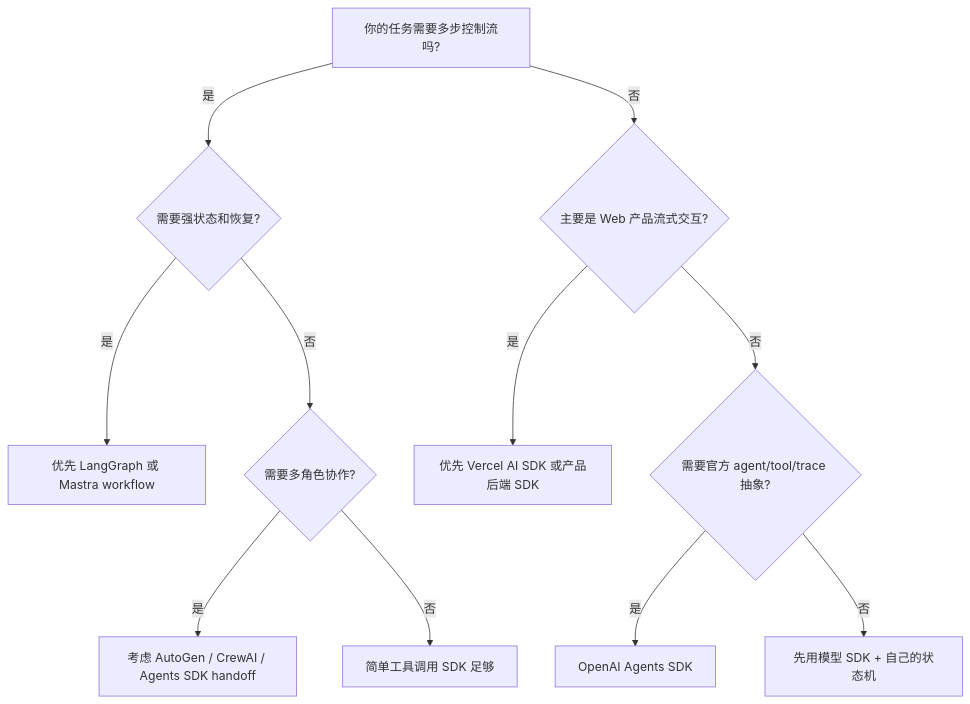
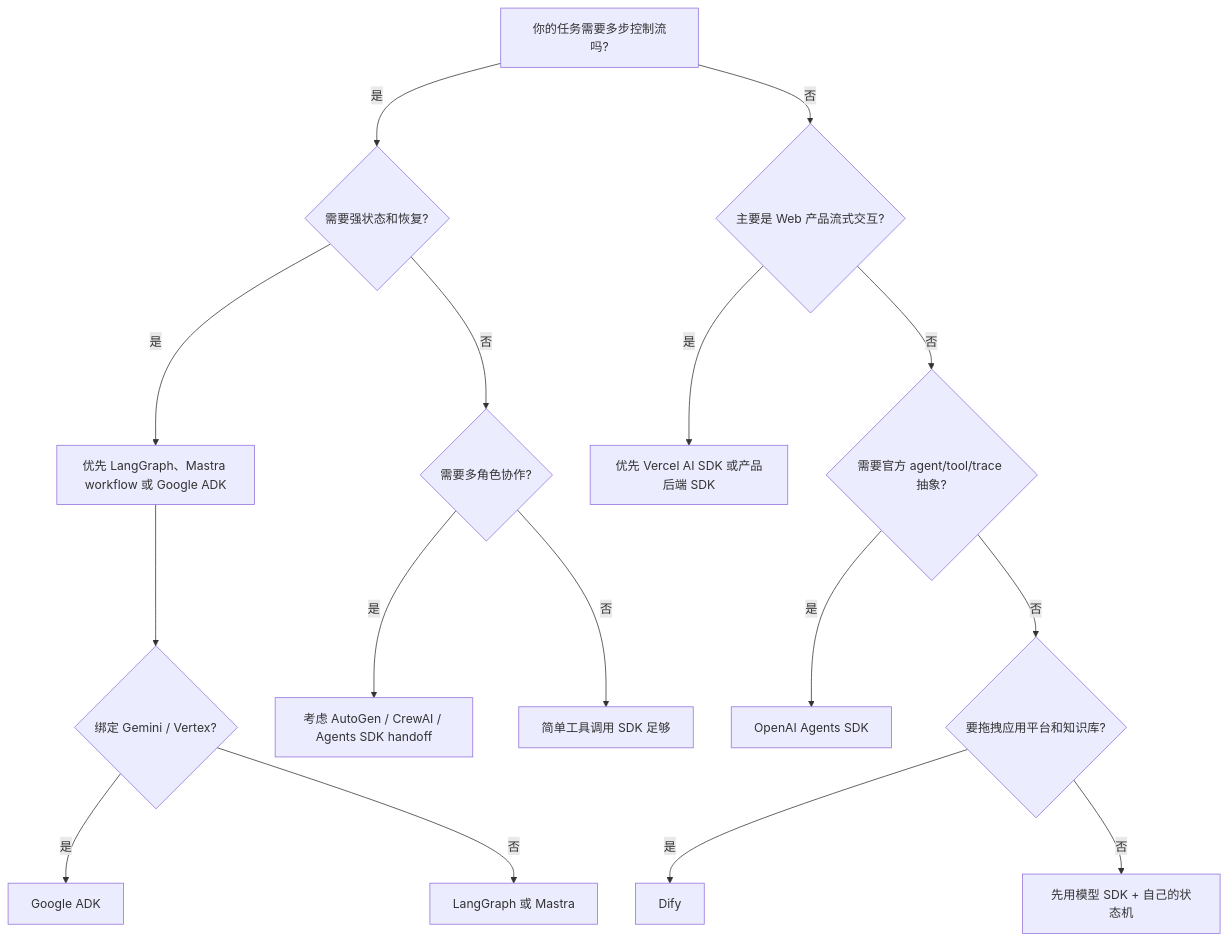
Before and after one commit to iammm0/damn-agent: the diagram in content/docs/frameworks/framework-selection.mdx, drawn with Mermaid. The commit also changed other lines of this file and 10 other files, not shown here.

First line of the commit message:
docs: 新增 Gemini CLI、Qwen Code、Dify 和 Google ADK

````diff
--- a/content/docs/frameworks/framework-selection.mdx
+++ b/content/docs/frameworks/framework-selection.mdx
@@ -31,13 +33,18 @@
 ```mermaid
 flowchart TD
   A[你的任务需要多步控制流吗?] -->|是| B{需要强状态和恢复?}
   A -->|否| C{主要是 Web 产品流式交互?}
-  B -->|是| D[优先 LangGraph 或 Mastra workflow]
+  B -->|是| D[优先 LangGraph、Mastra workflow 或 Google ADK]
   B -->|否| E{需要多角色协作?}
   E -->|是| F[考虑 AutoGen / CrewAI / Agents SDK handoff]
   E -->|否| G[简单工具调用 SDK 足够]
   C -->|是| H[优先 Vercel AI SDK 或产品后端 SDK]
   C -->|否| I{需要官方 agent/tool/trace 抽象?}
   I -->|是| J[OpenAI Agents SDK]
-  I -->|否| K[先用模型 SDK + 自己的状态机]
+  I -->|否| K{要拖拽应用平台和知识库?}
+  K -->|是| L[Dify]
+  K -->|否| M[先用模型 SDK + 自己的状态机]
+  D --> N{绑定 Gemini / Vertex?}
+  N -->|是| O[Google ADK]
+  N -->|否| P[LangGraph 或 Mastra]
 ```
````
